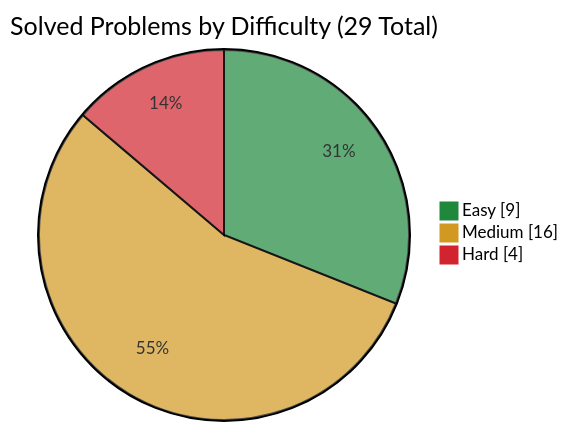
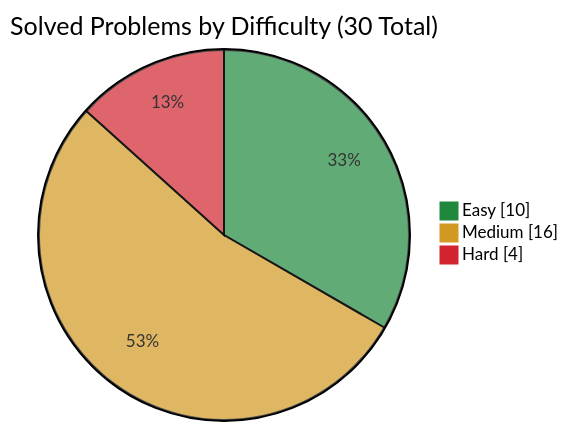
One commit to simonesiega/leetcode-solutions changed the first of 3 diagrams in README.md. Above: the diagram before and after it, drawn with Mermaid. The commit also changed other lines of this file and 4 other files, not shown here.

````diff
--- a/README.md
+++ b/README.md
@@ -67,8 +67,8 @@
 ```mermaid
 %%{init: {"themeVariables": {"pie1": "#1f883d", "pie2": "#d29922", "pie3": "#d1242f"}}}%%
 pie showData
-    title Solved Problems by Difficulty (29 Total)
-    "Easy" : 9
+    title Solved Problems by Difficulty (30 Total)
+    "Easy" : 10
     "Medium" : 16
     "Hard" : 4
 ```
````
